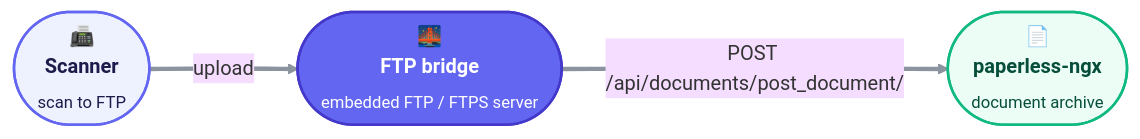
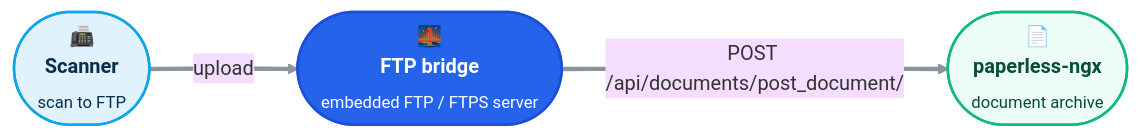
One commit to taskmedia/paperlessngx-ftp-bridge changed the diagram in README.md. Above: the diagram before and after it, drawn with Mermaid.

Commit message:
docs: replace purple tones in readme diagram with blue

````diff
--- a/README.md
+++ b/README.md
@@ -21,17 +21,17 @@
 ```mermaid
 %%{init: {"theme": "base", "themeVariables": {"fontFamily": "ui-sans-serif, system-ui, sans-serif", "lineColor": "#8b949e"}, "flowchart": {"curve": "basis", "nodeSpacing": 50, "rankSpacing": 70}}}%%
 flowchart LR
     scanner(["📠<br/><b>Scanner</b><br/><sub>scan to FTP</sub>"])
     bridge(["🌉<br/><b>FTP bridge</b><br/><sub>embedded FTP / FTPS server</sub>"])
     paperless(["📄<br/><b>paperless-ngx</b><br/><sub>document archive</sub>"])
 
     scanner ==>|"upload"| bridge
     bridge ==>|"POST /api/documents/post_document/"| paperless
 
-    classDef edge fill:#eef2ff,stroke:#6366f1,stroke-width:2px,color:#1e1b4b
-    classDef core fill:#6366f1,stroke:#4338ca,stroke-width:2px,color:#ffffff
+    classDef edge fill:#e0f2fe,stroke:#0ea5e9,stroke-width:2px,color:#082f49
+    classDef core fill:#2563eb,stroke:#1d4ed8,stroke-width:2px,color:#ffffff
     classDef sink fill:#ecfdf5,stroke:#10b981,stroke-width:2px,color:#064e3b
     class scanner edge
     class bridge core
     class paperless sink
 ```
````
